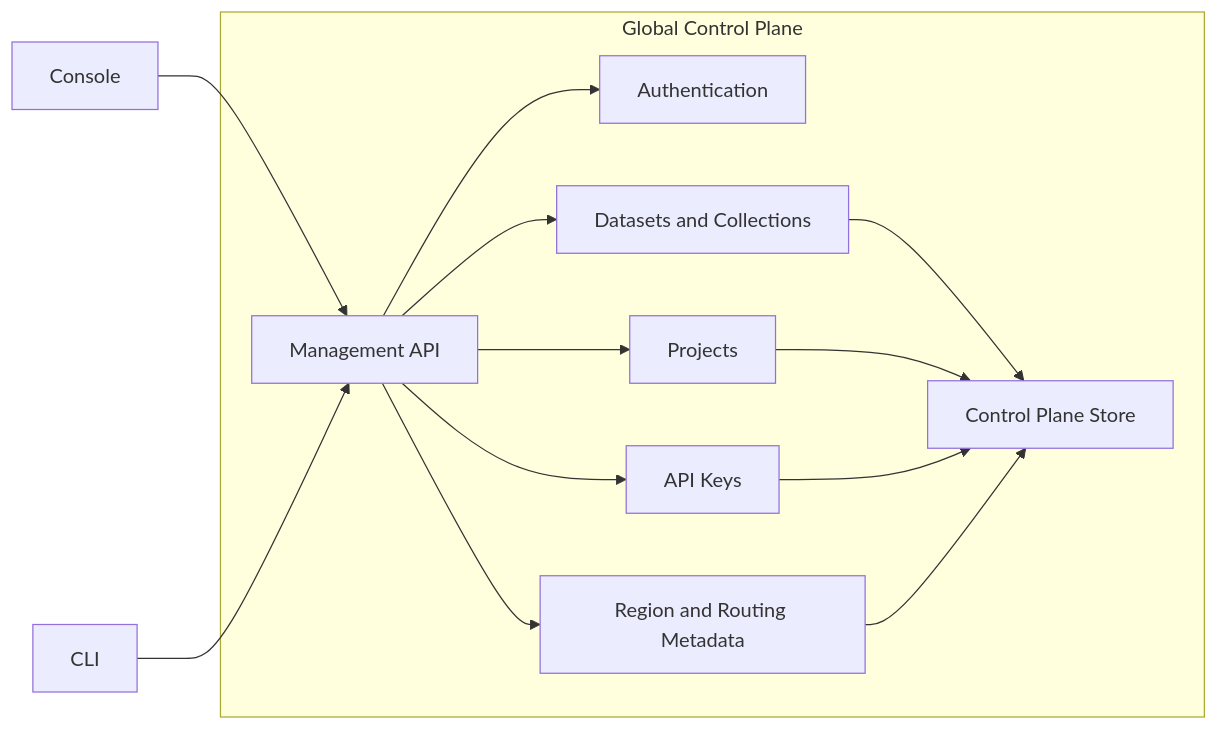
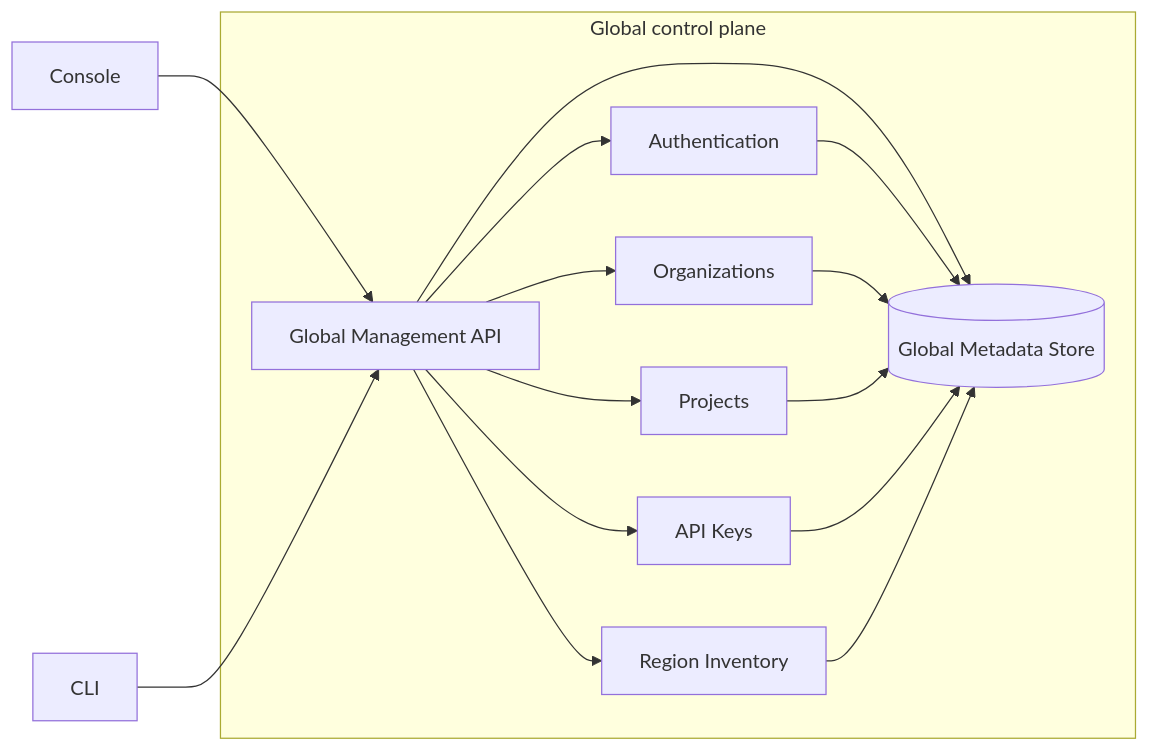
One commit to topk-io/topk changed the second of 7 diagrams in docs/architecture.mdx. Above: the diagram before and after it, drawn with Mermaid. The commit also changed other lines of this file, not shown here.

````diff
--- a/docs/architecture.mdx
+++ b/docs/architecture.mdx
@@ -176,17 +129,20 @@
 ```mermaid
 flowchart LR
-    Console[Console] --> Mgmt[Management API]
-    CLI[CLI] --> Mgmt
+    Console[Console] --> GlobalAPI[Global Management API]
+    CLI[CLI] --> GlobalAPI
 
-    subgraph Global[Global Control Plane]
-        Mgmt --> Auth[Authentication]
-        Mgmt --> Projects[Projects]
-        Mgmt --> Datasets[Datasets and Collections]
-        Mgmt --> Keys[API Keys]
-        Mgmt --> Regions[Region and Routing Metadata]
-        Datasets --> Metadata[Control Plane Store]
-        Projects --> Metadata
-        Keys --> Metadata
-        Regions --> Metadata
+    subgraph Global[Global control plane]
+        GlobalAPI --> Auth[Authentication]
+        GlobalAPI --> Orgs[Organizations]
+        GlobalAPI --> Projects[Projects]
+        GlobalAPI --> Keys[API Keys]
+        GlobalAPI --> Regions[Region Inventory]
+        GlobalAPI --> Store[(Global Metadata Store)]
+
+        Auth --> Store
+        Orgs --> Store
+        Projects --> Store
+        Keys --> Store
+        Regions --> Store
     end
 ```
````
